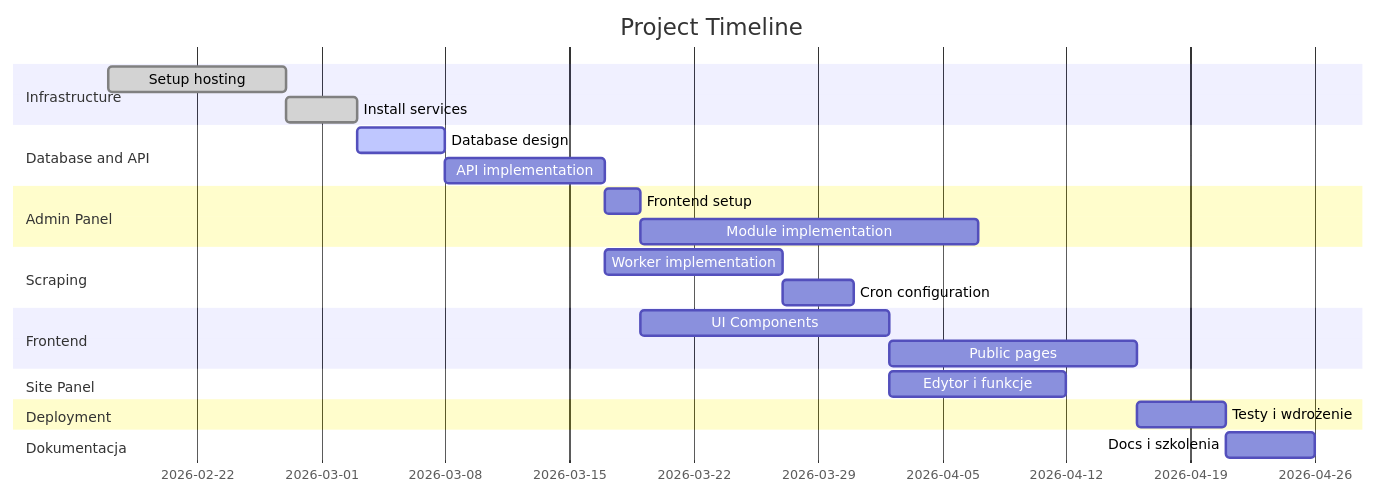
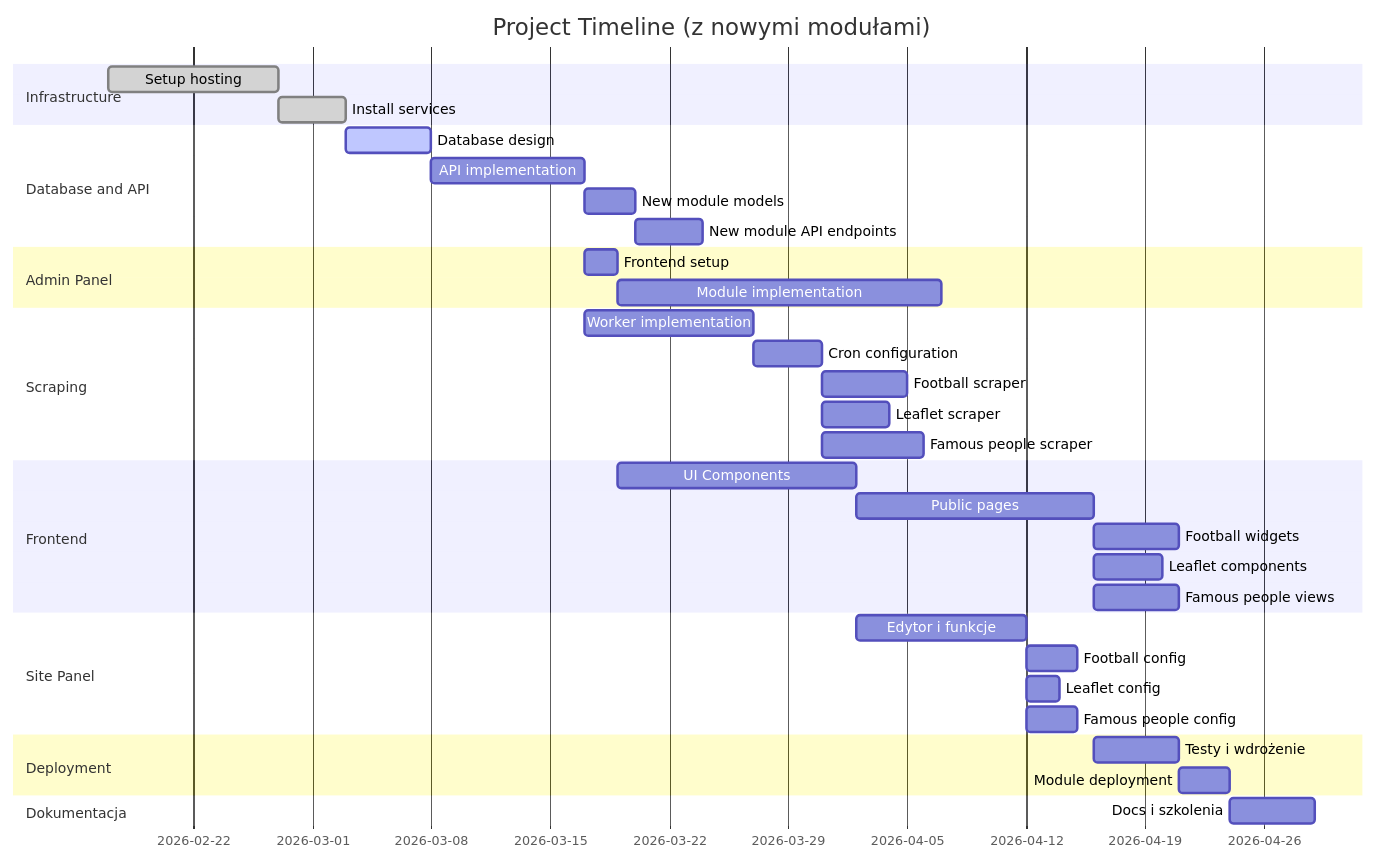
Before and after one commit to skidrow-cracked/share: the seventh of 10 diagrams in README.md, drawn with Mermaid. The commit also changed other lines of this file, not shown here.

````diff
--- a/README.md
+++ b/README.md
@@ -2057,33 +2139,45 @@
 ```mermaid
 gantt
-    title Project Timeline
+    title Project Timeline (z nowymi modułami)
     dateFormat  YYYY-MM-DD
     section Infrastructure
     Setup hosting            :done, infra1, 2026-02-17, 10d
     Install services         :done, infra2, after infra1, 4d
     
     section Database and API
     Database design          :active, db1, after infra2, 5d
     API implementation       :db2, after db1, 9d
+    New module models        :db3, after db2, 3d
+    New module API endpoints :db4, after db3, 4d
     
     section Admin Panel
     Frontend setup           :admin1, after db2, 2d
     Module implementation    :admin2, after admin1, 19d
     
     section Scraping
     Worker implementation    :scrap1, after db2, 10d
     Cron configuration       :scrap2, after scrap1, 4d
+    Football scraper         :scrap3, after scrap2, 5d
+    Leaflet scraper          :scrap4, after scrap2, 4d
+    Famous people scraper    :scrap5, after scrap2, 6d
     
     section Frontend
     UI Components            :front1, after admin1, 14d
     Public pages             :front2, after front1, 14d
+    Football widgets         :front3, after front2, 5d
+    Leaflet components       :front4, after front2, 4d
+    Famous people views      :front5, after front2, 5d
     
     section Site Panel
     Edytor i funkcje         :site1, after front1, 10d
+    Football config          :site2, after site1, 3d
+    Leaflet config           :site3, after site1, 2d
+    Famous people config     :site4, after site1, 3d
     
     section Deployment
     Testy i wdrożenie        :deploy1, after front2, 5d
+    Module deployment        :deploy2, after deploy1, 3d
     
     section Dokumentacja
-    Docs i szkolenia         :doc1, after deploy1, 5d
+    Docs i szkolenia         :doc1, after deploy2, 5d
 ```
````
